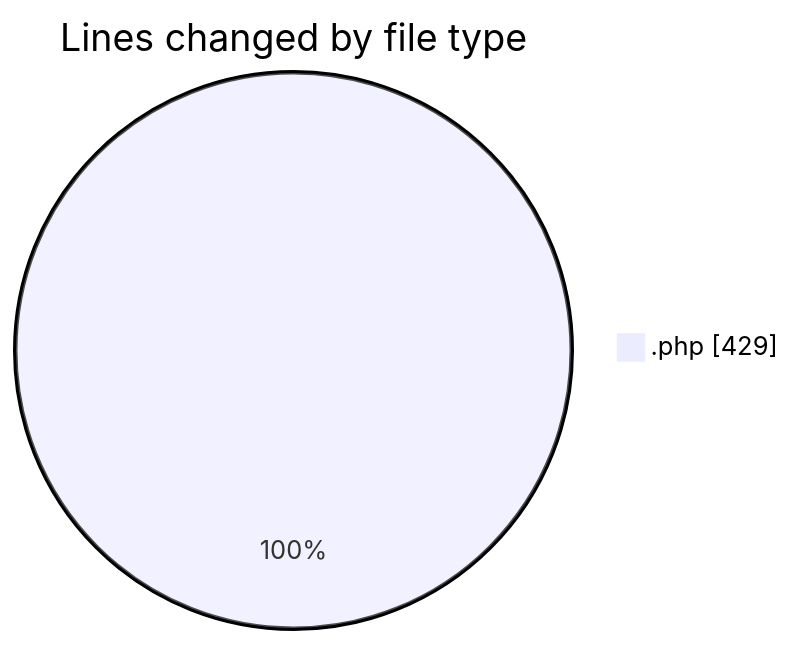
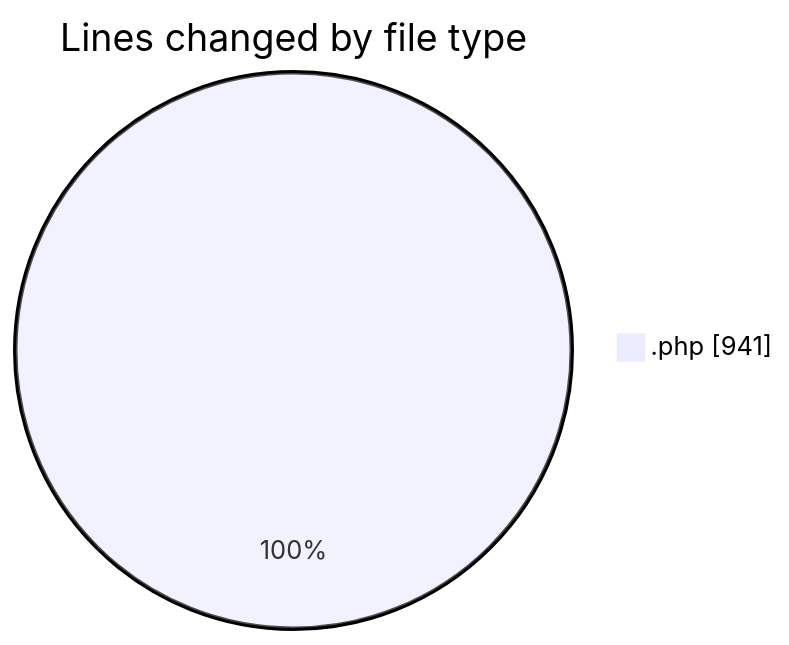
The first of 2 diagrams in 2026-09-02/oficina/README.md (LanceThiago/code-tracking), drawn with Mermaid before and after one commit. The commit also changed other lines of this file and 1 other file, not shown here.

````diff
--- a/2026-09-02/oficina/README.md
+++ b/2026-09-02/oficina/README.md
@@ -20,5 +21,5 @@
 ```mermaid
 pie showData
 title Lines changed by file type
-".php" : 429
+".php" : 941
 ```
````
